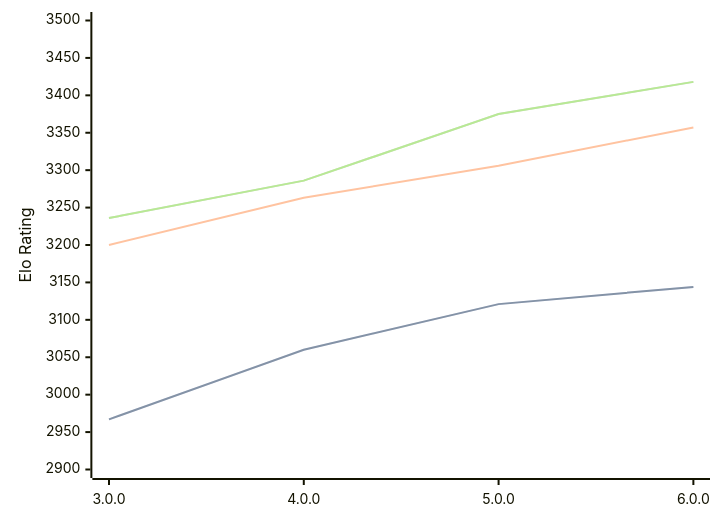
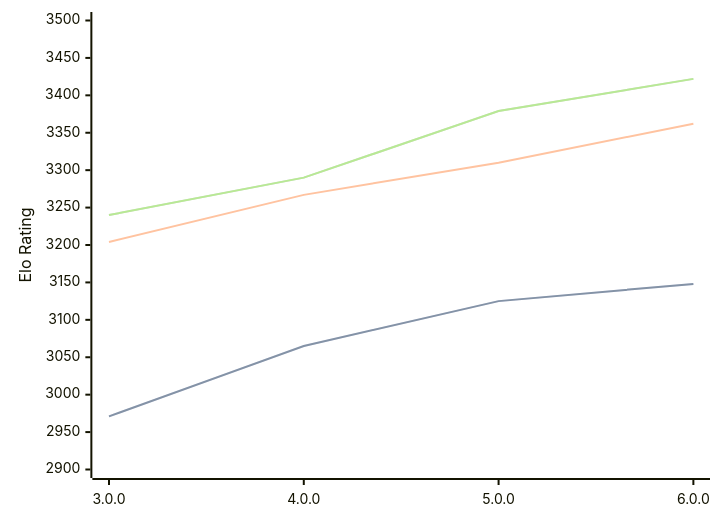
The diagram in engines/Minke.md (computer-chess-index/cci), drawn with Mermaid before and after one commit. The commit also changed other lines of this file, not shown here.

Commit message:
Update CCI Ratings (ELO VLTC) - 2026-08-18

````diff
--- a/engines/Minke.md
+++ b/engines/Minke.md
@@ -34,11 +34,11 @@
 ```mermaid
 %%{init: {"theme":"base","themeVariables":{"seriesColors:['#a3a3a3','#222221','#faa371']}}}%%
 xychart-beta
   x-axis ["3.0.0", "4.0.0", "5.0.0", "6.0.0"]
   y-axis "Elo Rating" 2900 --> 3500
-  line "STC (8.0+0.08s)" [2967, 3060, 3121, 3144]
-  line "STC (8.0+0.08s)" [2967, 3060, 3121, 3144]
-  line "LTC (60.0+0.60s)" [3200, 3263, 3306, 3357]
-  line "VLTC (2m24s+1.12s)" [3236, 3286, 3375, 3418]
-  line "VLTC (2m24s+1.12s)" [3236, 3286, 3375, 3418]
+  line "STC (8.0+0.08s)" [2971, 3065, 3125, 3148]
+  line "STC (8.0+0.08s)" [2971, 3065, 3125, 3148]
+  line "LTC (60.0+0.60s)" [3204, 3267, 3310, 3362]
+  line "VLTC (2m24s+1.12s)" [3240, 3290, 3379, 3422]
+  line "VLTC (2m24s+1.12s)" [3240, 3290, 3379, 3422]
 ```
````
